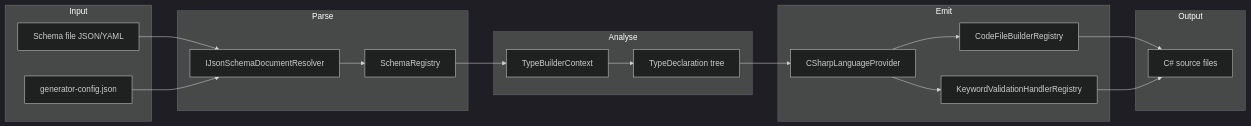
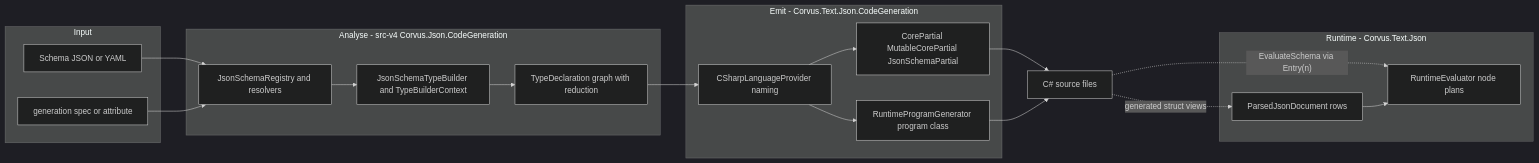
Before and after one commit to goddtriffin/json-schema-rs: the first of 2 diagrams in research/reports/csharp/corvus-dotnet-Corvus.JsonSchema.md, drawn with Mermaid (dark theme). The commit also changed other lines of this file and 51 other files, not shown here.

````diff
--- a/research/reports/csharp/corvus-dotnet-Corvus.JsonSchema.md
+++ b/research/reports/csharp/corvus-dotnet-Corvus.JsonSchema.md
@@ -96,33 +107,34 @@
 ```mermaid
 flowchart LR
   subgraph input [Input]
-    Schema[Schema file JSON/YAML]
-    Config[generator-config.json]
+    Schema["Schema JSON or YAML"]
+    Config["generation spec or attribute"]
   end
-  subgraph parse [Parse]
-    Resolver[IJsonSchemaDocumentResolver]
-    Registry[SchemaRegistry]
+  subgraph analyse [Analyse - src-v4 Corvus.Json.CodeGeneration]
+    Registry["JsonSchemaRegistry and resolvers"]
+    TypeBuilder["JsonSchemaTypeBuilder and TypeBuilderContext"]
+    TypeDecls["TypeDeclaration graph with reduction"]
   end
-  subgraph analyse [Analyse]
-    TypeBuilder[TypeBuilderContext]
-    TypeDecls[TypeDeclaration tree]
+  subgraph emit [Emit - Corvus.Text.Json.CodeGeneration]
+    LangProvider["CSharpLanguageProvider naming"]
+    Builders["CorePartial MutableCorePartial JsonSchemaPartial"]
+    Program["RuntimeProgramGenerator program class"]
   end
-  subgraph emit [Emit]
-    LangProvider[CSharpLanguageProvider]
-    CodeBuilders[CodeFileBuilderRegistry]
-    ValHandlers[KeywordValidationHandlerRegistry]
+  subgraph runtime [Runtime - Corvus.Text.Json]
+    Doc["ParsedJsonDocument rows"]
+    Evaluator["RuntimeEvaluator node plans"]
   end
-  subgraph output [Output]
-    CsFiles[C# source files]
-  end
-  Schema --> Resolver
-  Config --> Resolver
-  Resolver --> Registry
+  CsFiles["C# source files"]
+  Schema --> Registry
+  Config --> Registry
   Registry --> TypeBuilder
   TypeBuilder --> TypeDecls
   TypeDecls --> LangProvider
-  LangProvider --> CodeBuilders
-  LangProvider --> ValHandlers
-  CodeBuilders --> CsFiles
-  ValHandlers --> CsFiles
+  LangProvider --> Builders
+  LangProvider --> Program
+  Builders --> CsFiles
+  Program --> CsFiles
+  CsFiles -. "generated struct views" .-> Doc
+  CsFiles -. "EvaluateSchema via Entry(n)" .-> Evaluator
+  Doc --> Evaluator
 ```
````
